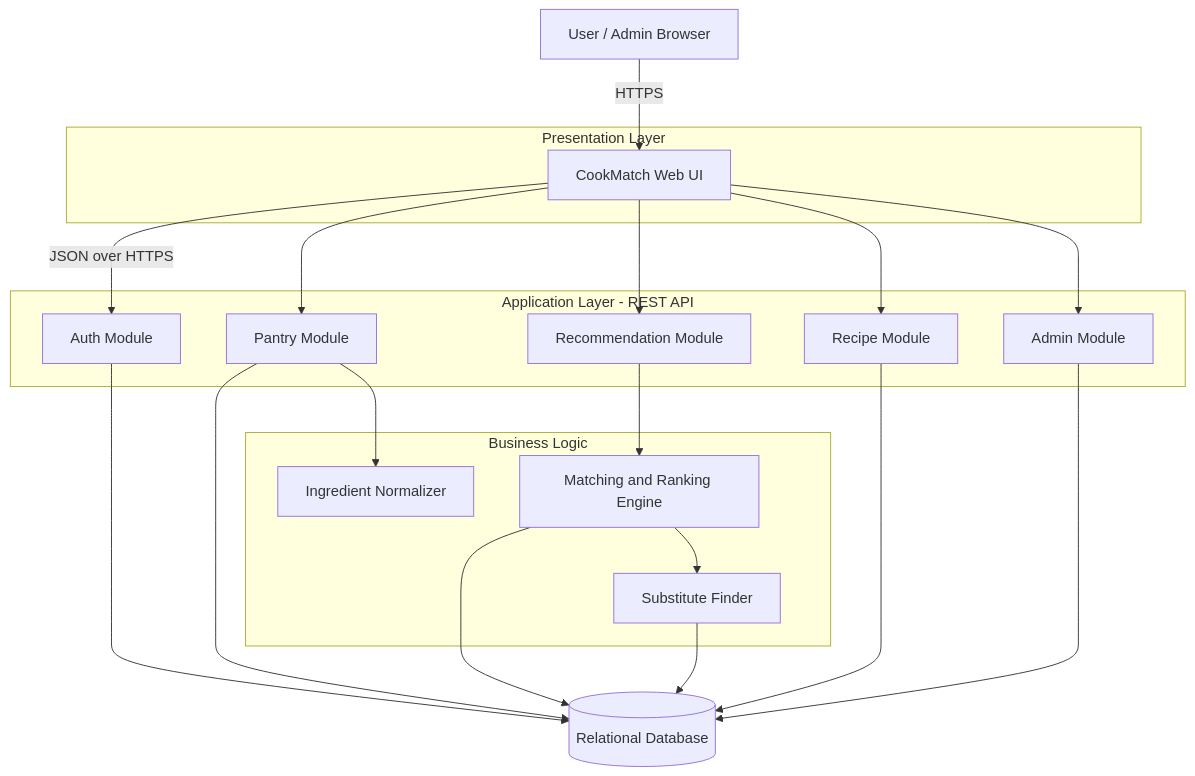
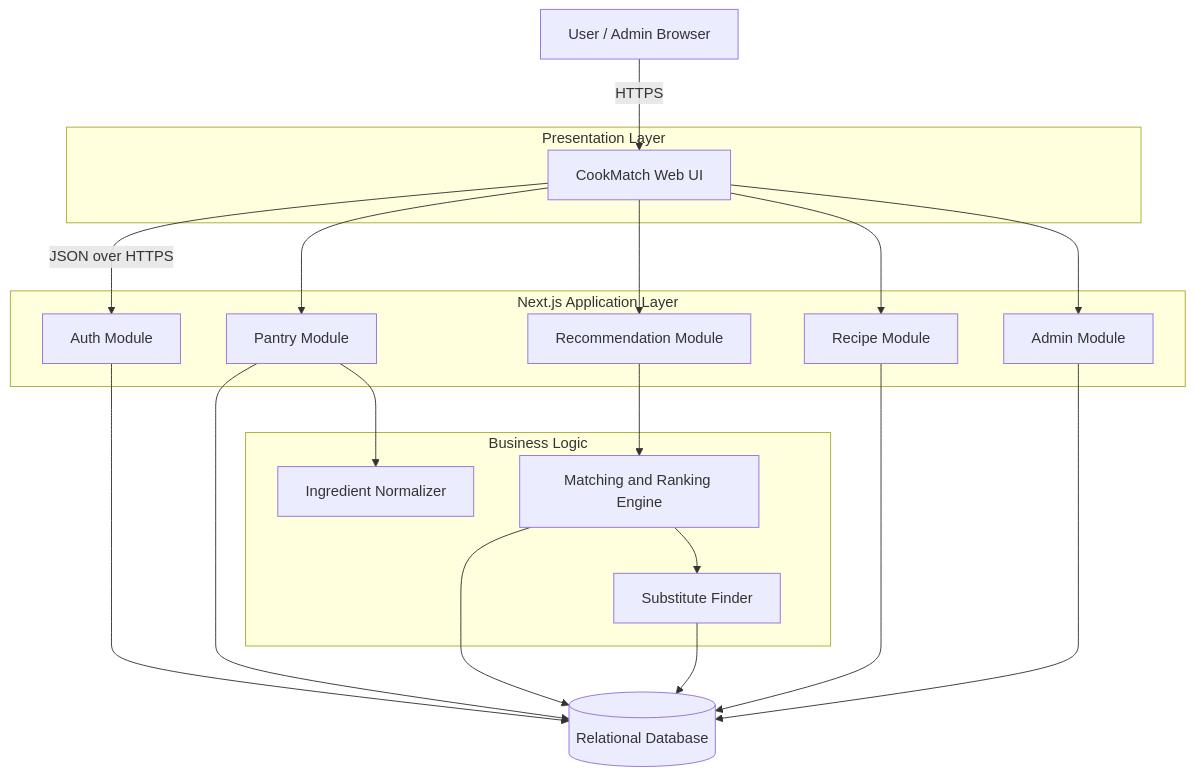
Before and after one commit to jannatwin/cookmatch-recipe-recommender: the first of 3 diagrams in cookmatch_architecture_and_database.md, drawn with Mermaid. The commit also changed other lines of this file and 59 other files, not shown here.

````diff
--- a/cookmatch_architecture_and_database.md
+++ b/cookmatch_architecture_and_database.md
@@ -23,40 +23,40 @@
 ```mermaid
 flowchart TB
     U[User / Admin Browser]
 
     subgraph FE[Presentation Layer]
         UI[CookMatch Web UI]
     end
 
-    subgraph BE[Application Layer - REST API]
+    subgraph BE[Next.js Application Layer]
         AUTH[Auth Module]
         PANTRY[Pantry Module]
         REC[Recommendation Module]
         RECIPE[Recipe Module]
         ADMIN[Admin Module]
     end
 
     subgraph ENG[Business Logic]
         NORM[Ingredient Normalizer]
         MATCH[Matching and Ranking Engine]
         SUB[Substitute Finder]
     end
 
     DB[(Relational Database)]
 
     U -->|HTTPS| UI
     UI -->|JSON over HTTPS| AUTH
     UI --> PANTRY
     UI --> REC
     UI --> RECIPE
     UI --> ADMIN
     PANTRY --> NORM
     REC --> MATCH
     MATCH --> SUB
     AUTH --> DB
     PANTRY --> DB
     MATCH --> DB
     SUB --> DB
     RECIPE --> DB
     ADMIN --> DB
 ```
````
